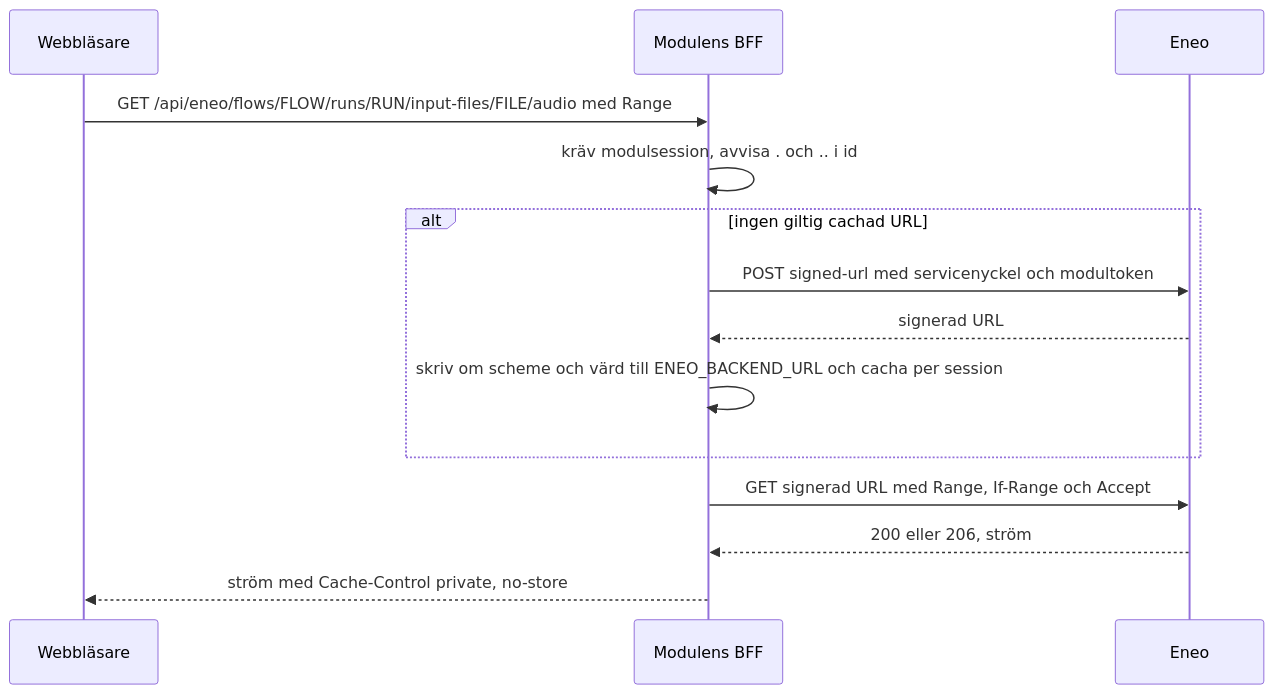
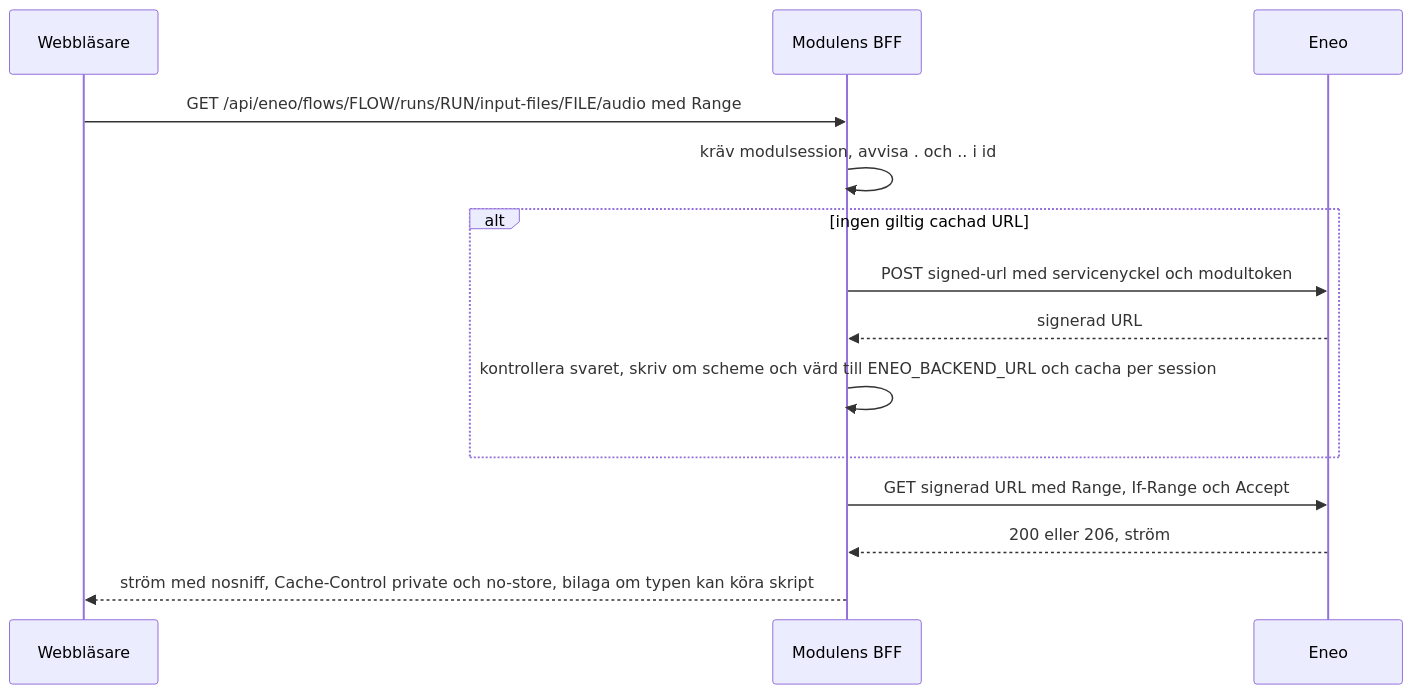
Before and after one commit to eneo-ai/eneo-mod-speech-to-text: the fifth of 8 diagrams in docs/architecture.md, drawn with Mermaid. The commit also changed other lines of this file and 6 other files, not shown here.

Commit message:
docs(backend): the hardening is on feat/astryx, so the pending sections fold into the text: limits, bounded Eneo answers, header allowlist, signed-file types, live-socket session end, expected user, tests per property

````diff
--- a/docs/architecture.md
+++ b/docs/architecture.md
@@ -114,16 +121,16 @@
 ```mermaid
 sequenceDiagram
     participant B as Webbläsare
     participant M as Modulens BFF
     participant E as Eneo
     B->>M: GET /api/eneo/flows/FLOW/runs/RUN/input-files/FILE/audio med Range
     M->>M: kräv modulsession, avvisa . och .. i id
     alt ingen giltig cachad URL
         M->>E: POST signed-url med servicenyckel och modultoken
         E-->>M: signerad URL
-        M->>M: skriv om scheme och värd till ENEO_BACKEND_URL och cacha per session
+        M->>M: kontrollera svaret, skriv om scheme och värd till ENEO_BACKEND_URL och cacha per session
     end
     M->>E: GET signerad URL med Range, If-Range och Accept
     E-->>M: 200 eller 206, ström
-    M-->>B: ström med Cache-Control private, no-store
+    M-->>B: ström med nosniff, Cache-Control private och no-store, bilaga om typen kan köra skript
 ```
````
